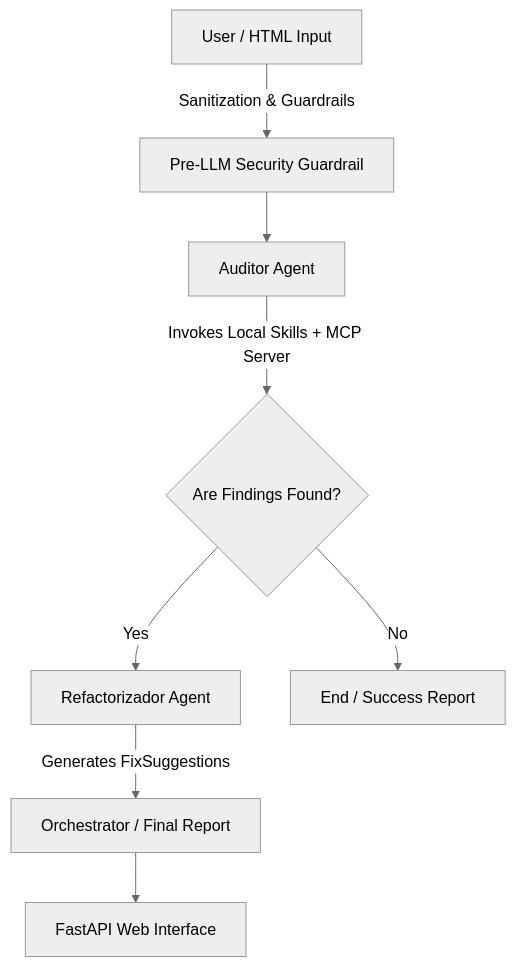
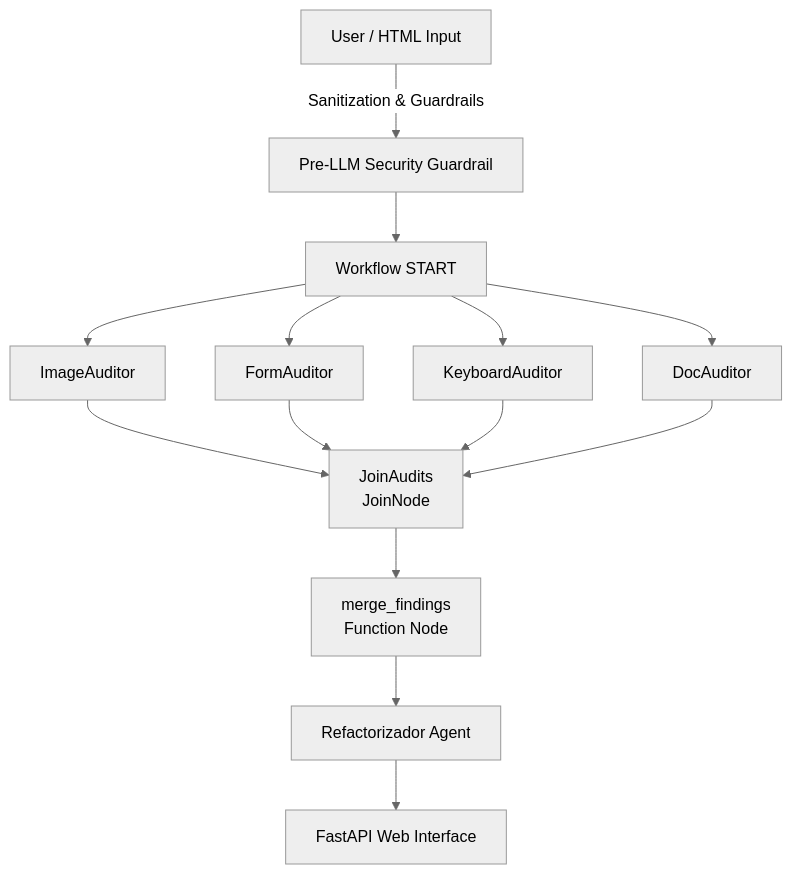
One commit to EvePulido/Bondy changed the diagram in docs/architecture.md. Above: the diagram before and after it, drawn with Mermaid (neutral theme). The commit also changed other lines of this file and 4 other files, not shown here.

Commit message:
refactor(agent): restructure auditor into specialized concurrent subagents

````diff
--- a/docs/architecture.md
+++ b/docs/architecture.md
@@ -34,10 +34,18 @@
 ```mermaid
 flowchart TD
     U[User / HTML Input] -->|Sanitization & Guardrails| G[Pre-LLM Security Guardrail]
-    G --> A[Auditor Agent]
-    A -->|Invokes Local Skills + MCP Server| F{Are Findings Found?}
-    F -->|Yes| R[Refactorizador Agent]
-    F -->|No| E[End / Success Report]
-    R -->|Generates FixSuggestions| O[Orchestrator / Final Report]
-    O --> HTML[FastAPI Web Interface]
+    G --> START[Workflow START]
+    START --> IA[ImageAuditor]
+    START --> FA[FormAuditor]
+    START --> KA[KeyboardAuditor]
+    START --> DA[DocAuditor]
+    
+    IA --> JN[JoinAudits \n JoinNode]
+    FA --> JN
+    KA --> JN
+    DA --> JN
+    
+    JN --> MN[merge_findings \n Function Node]
+    MN --> R[Refactorizador Agent]
+    R --> HTML[FastAPI Web Interface]
 ```
````
